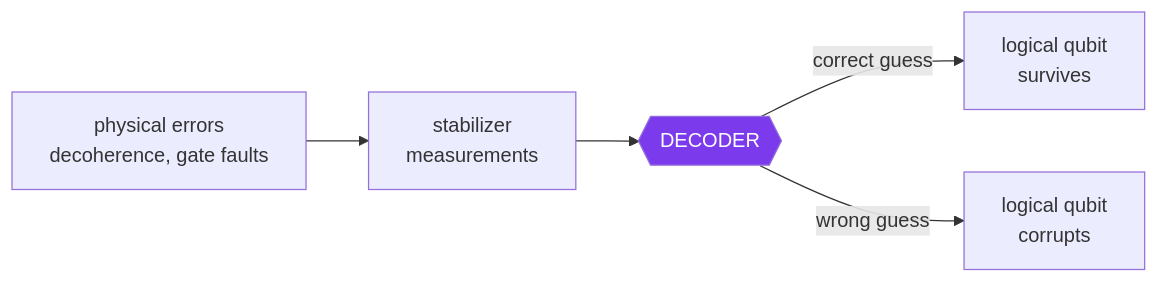
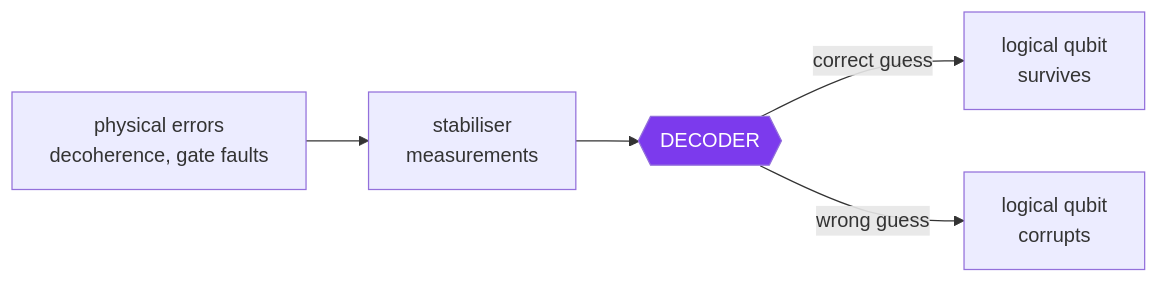
The first of 3 diagrams in README.md (LieBieS/qec-decoder), drawn with Mermaid before and after one commit. The commit also changed other lines of this file and 7 other files, not shown here.

````diff
--- a/README.md
+++ b/README.md
@@ -14,8 +14,8 @@
 ```mermaid
 flowchart LR
-    E[physical errors<br/>decoherence, gate faults] --> S[stabilizer<br/>measurements]
+    E[physical errors<br/>decoherence, gate faults] --> S[stabiliser<br/>measurements]
     S --> D{{DECODER}}
     D -->|correct guess| OK[logical qubit<br/>survives]
     D -->|wrong guess| X[logical qubit<br/>corrupts]
     style D fill:#7c3aed,color:#fff
 ```
````
